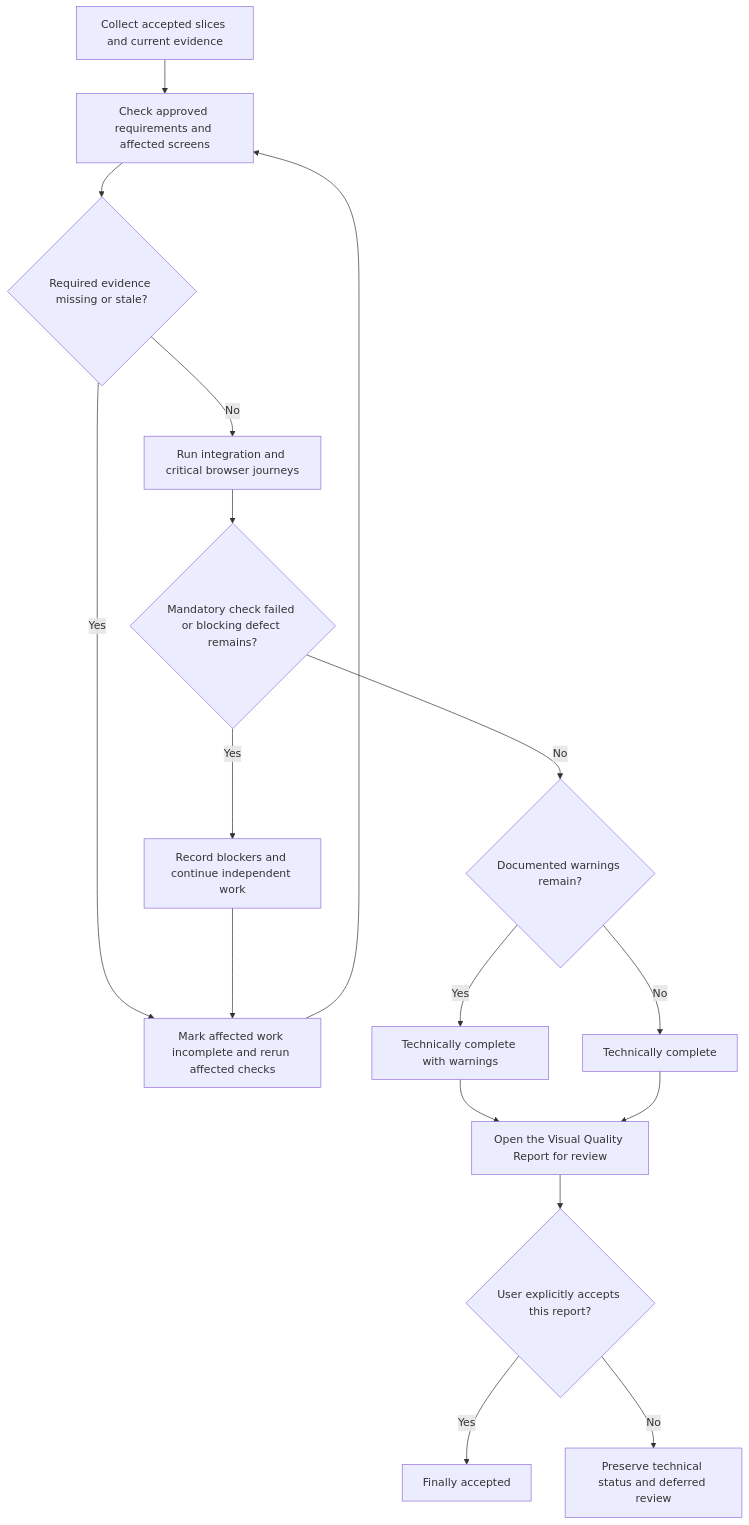
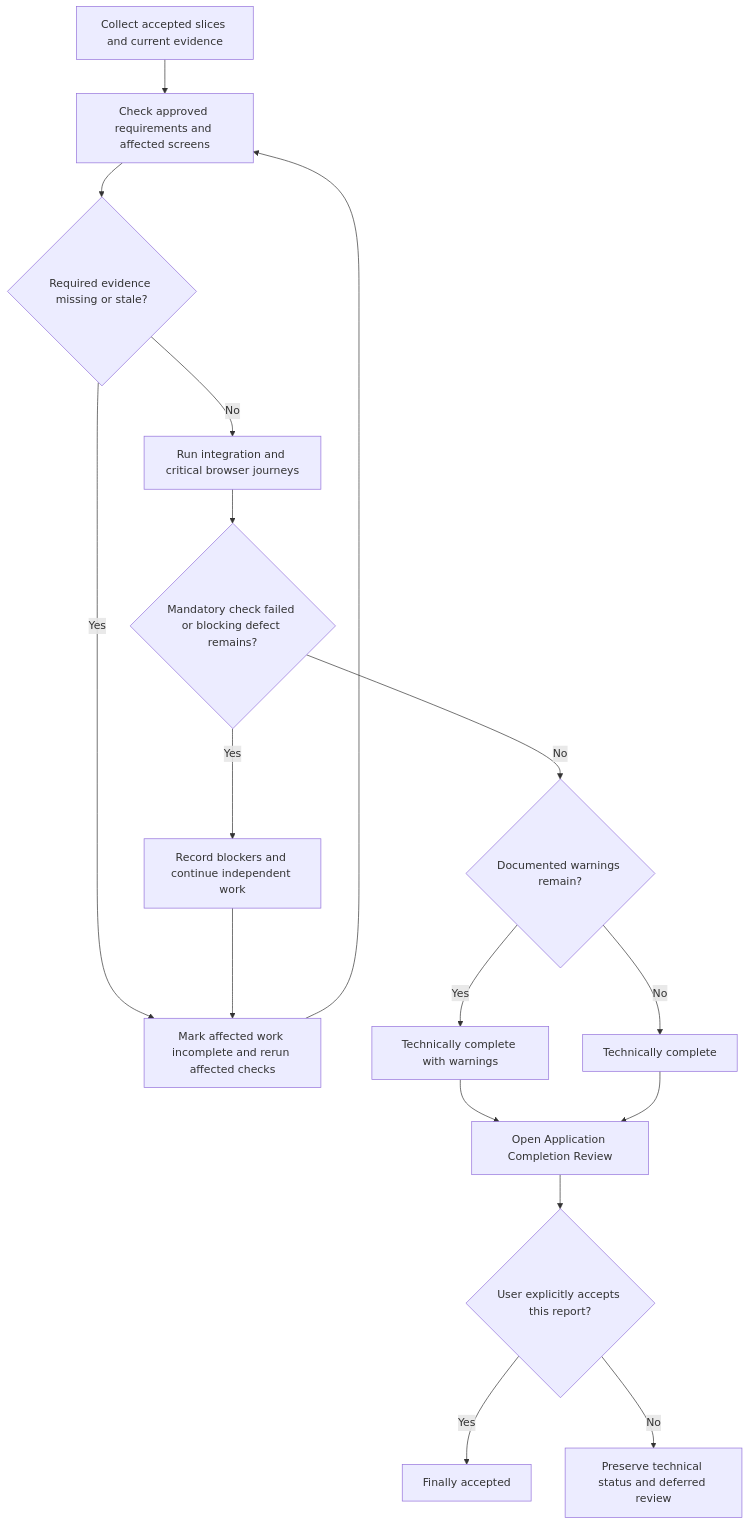
The diagram in references/visual-quality.md (keitamoustapha913/prototype-to-production), drawn with Mermaid before and after one commit. The commit also changed other lines of this file and 15 other files, not shown here.

First line of the commit message:
[feat][workflow] Add application completion review and acceptance

````diff
--- a/references/visual-quality.md
+++ b/references/visual-quality.md
@@ -38,19 +38,19 @@
 ```mermaid
 flowchart TD
     A[Collect accepted slices and current evidence] --> B[Check approved requirements and affected screens]
     B --> C{Required evidence missing or stale?}
     C -- Yes --> D[Mark affected work incomplete and rerun affected checks]
     D --> B
     C -- No --> E[Run integration and critical browser journeys]
     E --> F{Mandatory check failed or blocking defect remains?}
     F -- Yes --> G[Record blockers and continue independent work]
     G --> D
     F -- No --> H{Documented warnings remain?}
     H -- Yes --> I[Technically complete with warnings]
     H -- No --> J[Technically complete]
-    I --> K[Open the Visual Quality Report for review]
+    I --> K[Open Application Completion Review]
     J --> K
     K --> L{User explicitly accepts this report?}
     L -- Yes --> M[Finally accepted]
     L -- No --> N[Preserve technical status and deferred review]
 ```
````
